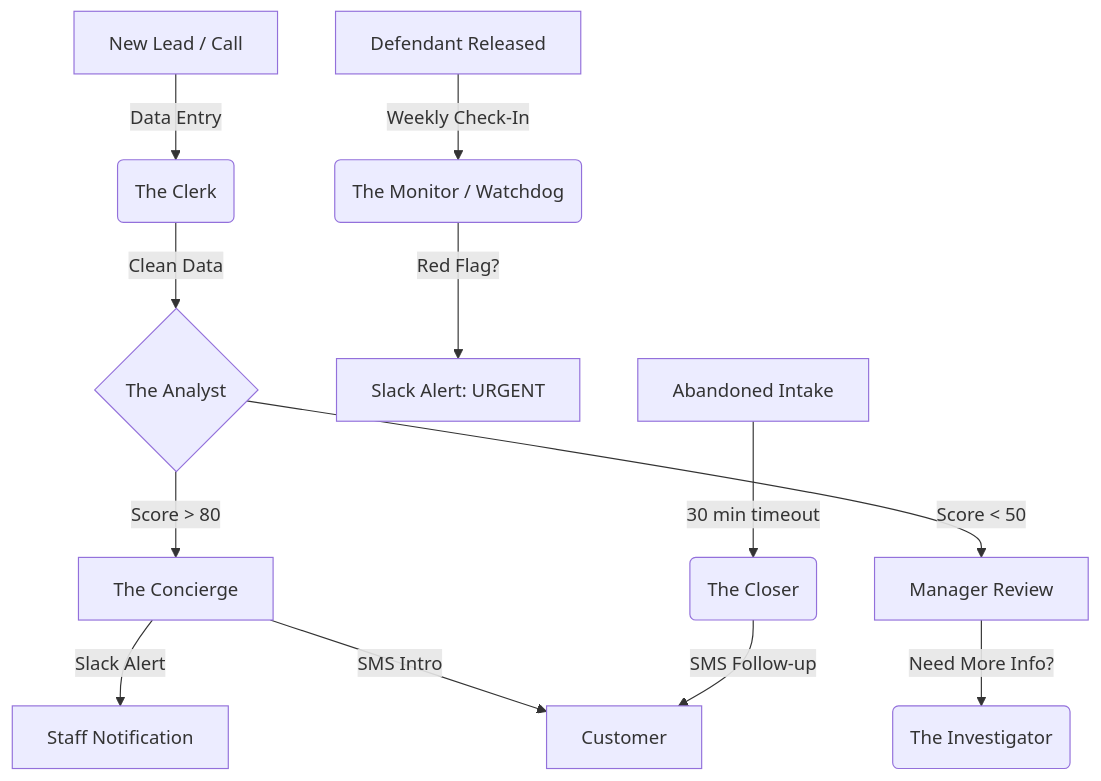
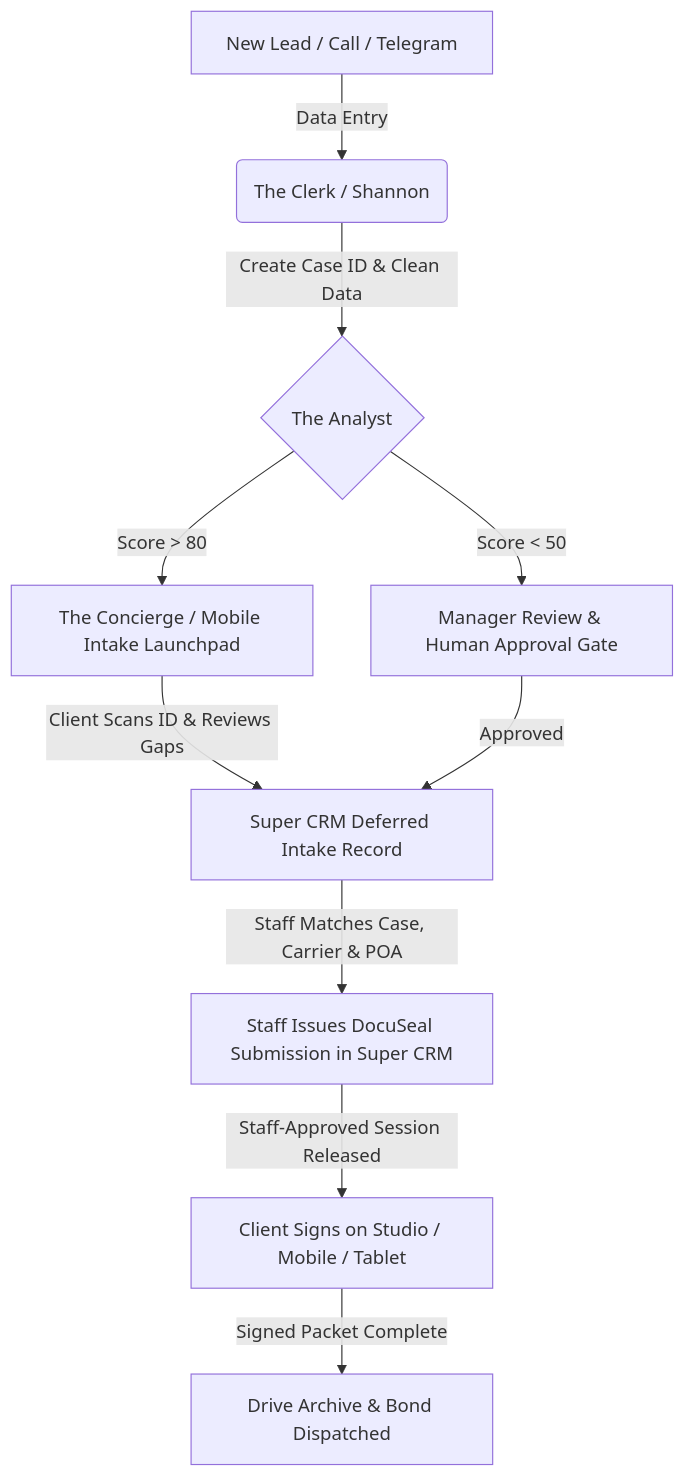
Before and after one commit to Shamrock2245/shamrock-bail-portal-site: the diagram in AGENTS.md, drawn with Mermaid. The commit also changed other lines of this file and 29 other files, not shown here.

````diff
--- a/AGENTS.md
+++ b/AGENTS.md
@@ -248,17 +165,14 @@
 ```mermaid
 graph TD
-    A[New Lead / Call] -->|Data Entry| B(The Clerk)
-    B -->|Clean Data| C{The Analyst}
-    C -->|Score > 80| D[The Concierge]
-    D -->|Slack Alert| E[Staff Notification]
-    D -->|SMS Intro| F[Customer]
+    A[New Lead / Call / Telegram] -->|Data Entry| B(The Clerk / Shannon)
+    B -->|Create Case ID & Clean Data| C{The Analyst}
+    C -->|Score > 80| D[The Concierge / Mobile Intake Launchpad]
+    D -->|Client Scans ID & Reviews Gaps| E[Super CRM Deferred Intake Record]
     
-    C -->|Score < 50| G[Manager Review]
-    G -->|Need More Info?| H(The Investigator)
+    C -->|Score < 50| F[Manager Review & Human Approval Gate]
+    F -->|Approved| E
     
-    I[Defendant Released] -->|Weekly Check-In| J(The Monitor / Watchdog)
-    J -->|Red Flag?| K[Slack Alert: URGENT]
-    
-    L[Abandoned Intake] -->|30 min timeout| M(The Closer)
-    M -->|SMS Follow-up| F
+    E -->|Staff Matches Case, Carrier & POA| G[Staff Issues DocuSeal Submission in Super CRM]
+    G -->|Staff-Approved Session Released| H[Client Signs on Studio / Mobile / Tablet]
+    H -->|Signed Packet Complete| I[Drive Archive & Bond Dispatched]
 ```
````
